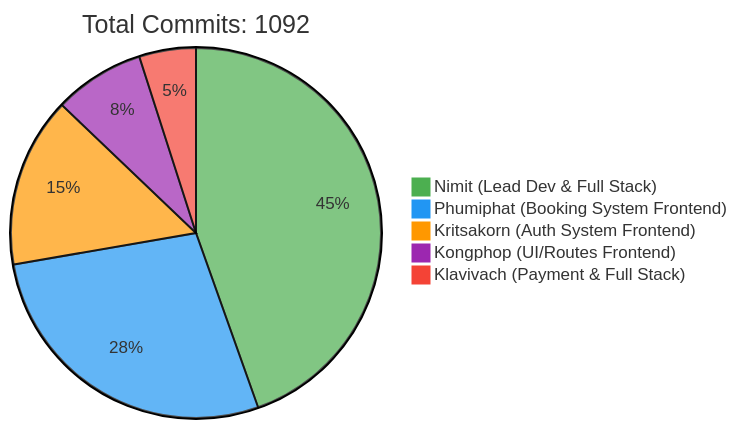
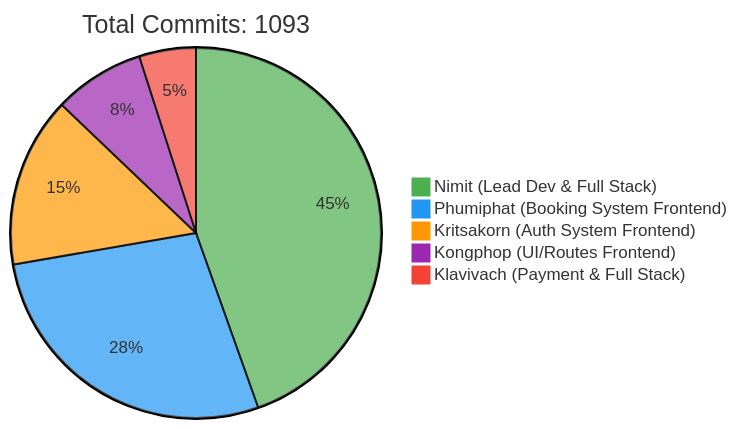
Before and after one commit to 6531503042/Sport-Complex: the first of 2 diagrams in README.md, drawn with Mermaid. The commit also changed other lines of this file, not shown here.

Commit message:
docs: Update contributor statistics [skip ci]

````diff
--- a/README.md
+++ b/README.md
@@ -257,10 +257,10 @@
 ```mermaid
 %%{init: {'theme': 'base', 'themeVariables': { 'pie1': '#4CAF50', 'pie2': '#2196F3', 'pie3': '#FF9800', 'pie4': '#9C27B0', 'pie5': '#F44336'}}}%%
 pie
-    title Total Commits: 1092
+    title Total Commits: 1093
     "Nimit (Lead Dev & Full Stack)" : 450
     "Phumiphat (Booking System Frontend)" : 280
     "Kritsakorn (Auth System Frontend)" : 150
     "Kongphop (UI/Routes Frontend)" : 80
     "Klavivach (Payment & Full Stack)" : 50
 ```
````
